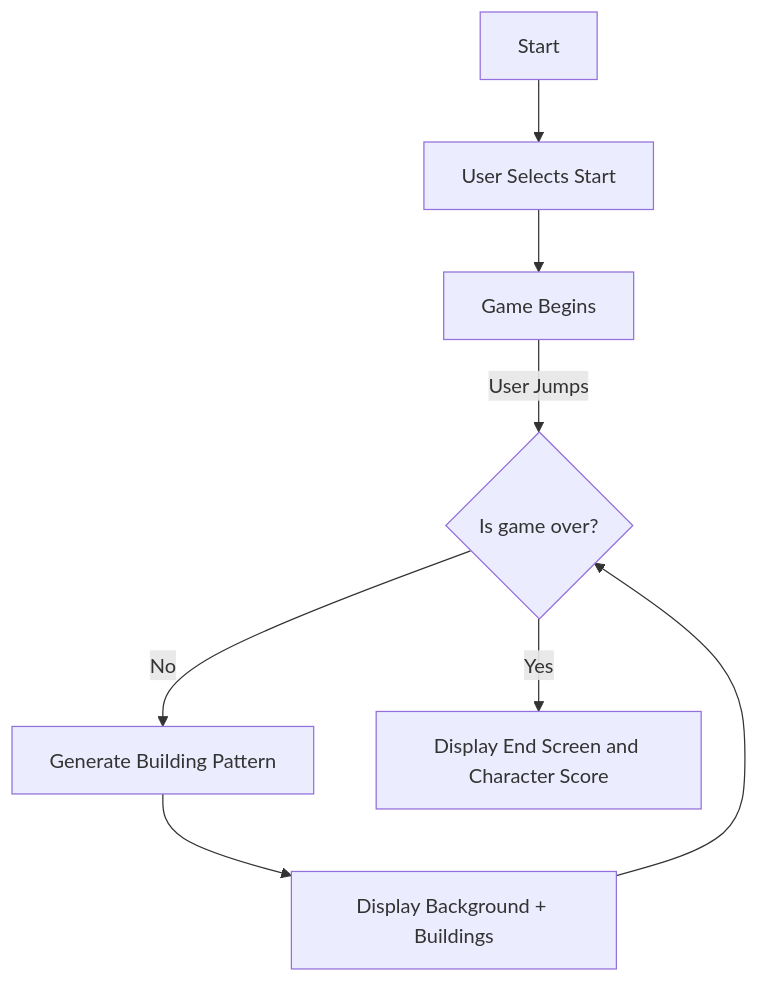
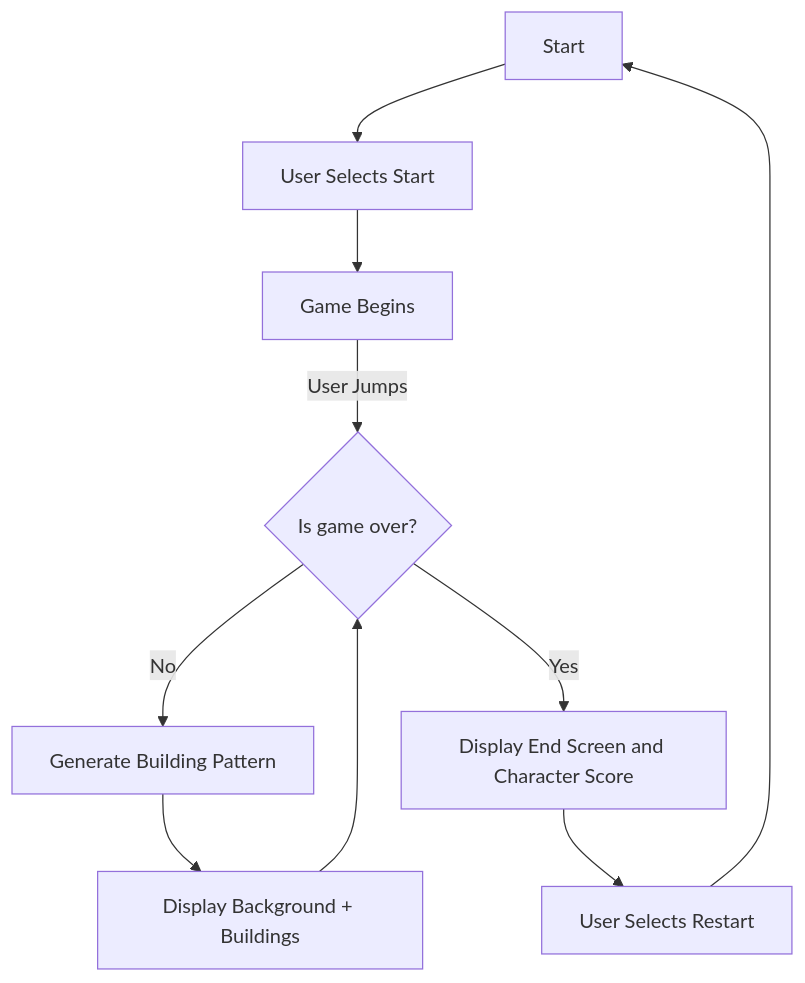
Before and after one commit to cbiddle3/skyRunner: the third of 3 diagrams in README.md, drawn with Mermaid.

Commit message:
Update README.md
Updated activity diagram to include restart button functionality

````diff
--- a/README.md
+++ b/README.md
@@ -56,8 +56,10 @@
 ```mermaid
 graph
     A[Start] --> B[User Selects Start]-->C[Game Begins] -- User Jumps -->D{Is game over?} -- No --> E[Generate Building Pattern]-->F[Display Background + Buildings]
 
    F-->D
    G[Display End Screen and Character Score]
+   H[User Selects Restart]
    D-- Yes --> G
+   G--> H --> A
 ```
````
